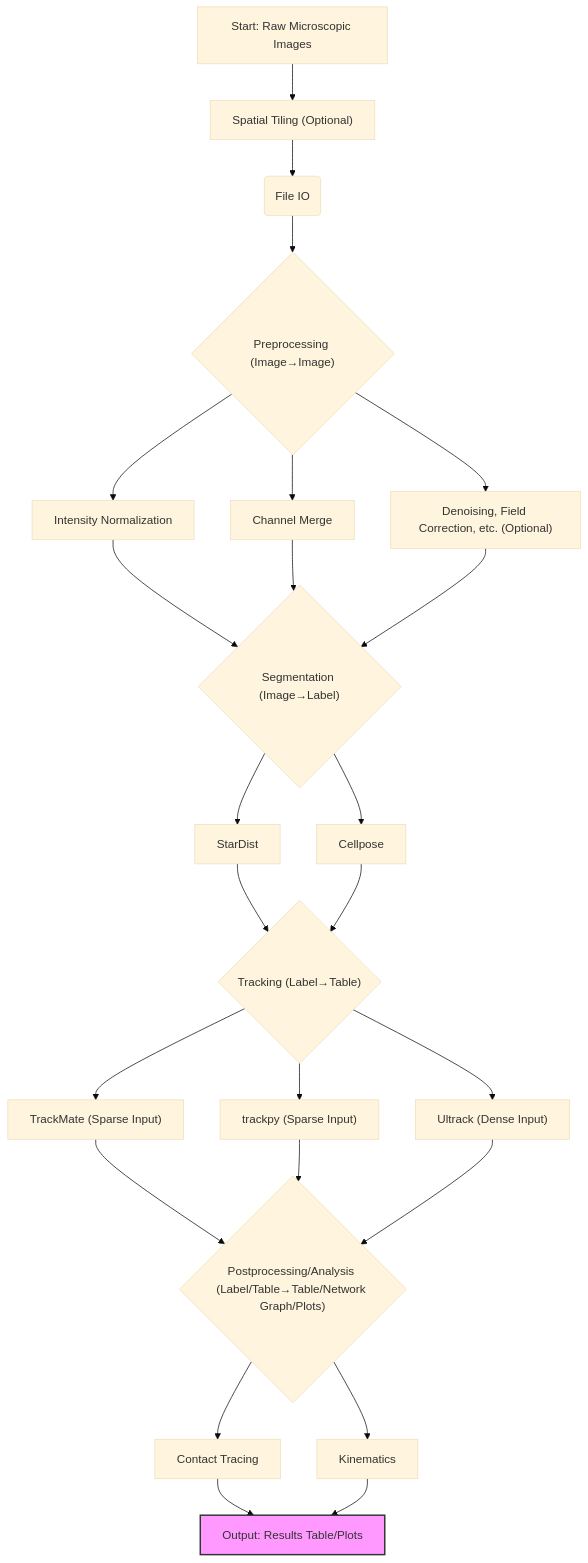
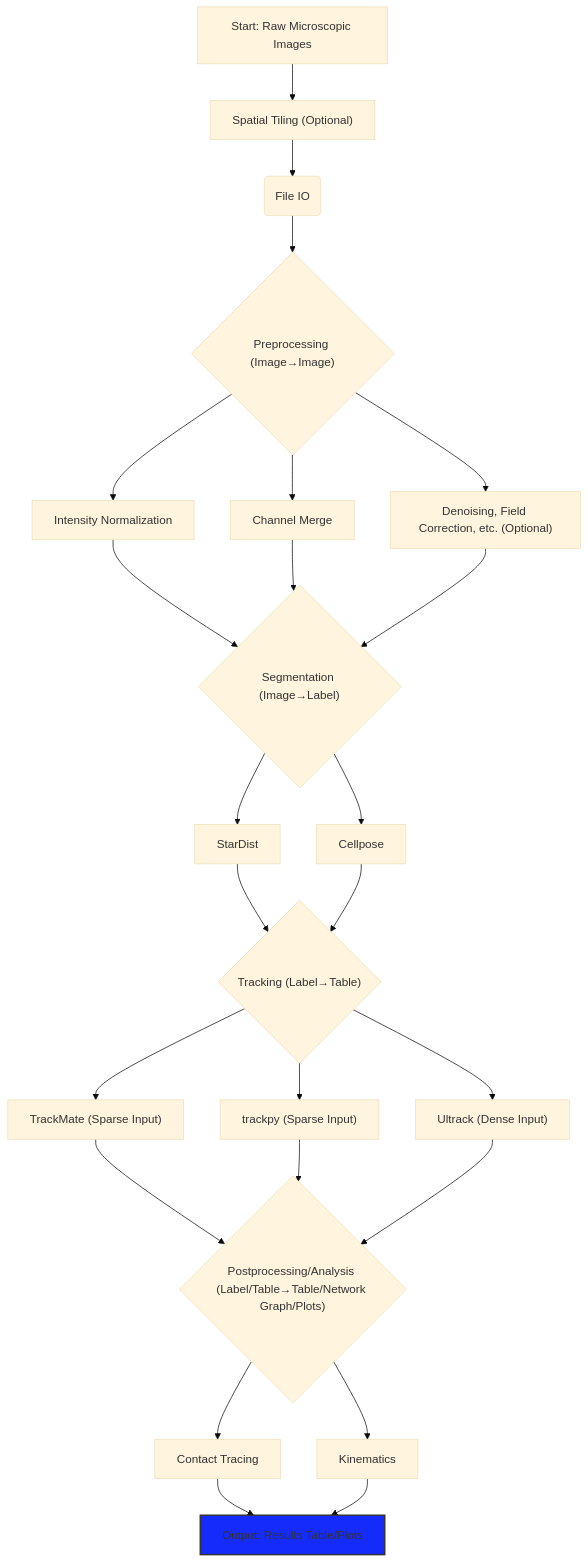
The diagram in README.md (bpi-oxford/Cytotoxicity-Pipeline), drawn with Mermaid (base theme) before and after one commit.

Commit message:
diagram update

````diff
--- a/README.md
+++ b/README.md
@@ -9,22 +9,22 @@
 ```mermaid
 graph TD
     A[Start: Raw Microscopic Images] --> AA[Spatial Tiling #40;Optional#41;]
     AA --> B(File IO);
     B --> C{Preprocessing #40;Image→Image#41;};
     C --> D[Intensity Normalization];
     C --> E[Channel Merge];
     C --> F[Denoising, Field Correction, etc. #40;Optional#41;];
     D & E & F --> G{Segmentation #40;Image→Label#41;};
     G --> H[StarDist];
     G --> I[Cellpose];
     H & I --> J{Tracking #40;Label→Table#41;};
     J --> K[TrackMate #40;Sparse Input#41;];
     J --> L[trackpy #40;Sparse Input#41;];
     J --> M[Ultrack #40;Dense Input#41;];
     K & L & M --> Q{Postprocessing/Analysis #40;Label/Table→Table/Network Graph/Plots#41;};
     Q --> N[Contact Tracing];
     Q --> O[Kinematics];
     N & O --> P[Output: Results Table/Plots];
 
-    style P fill:#f9f,stroke:#333,stroke-width:2px
+    style P fill:#142bfc,stroke:#333,stroke-width:2px
 ```
````
